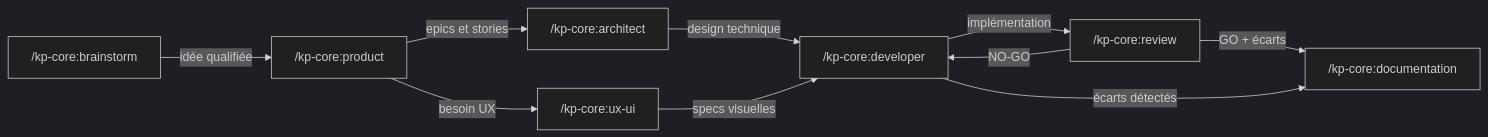
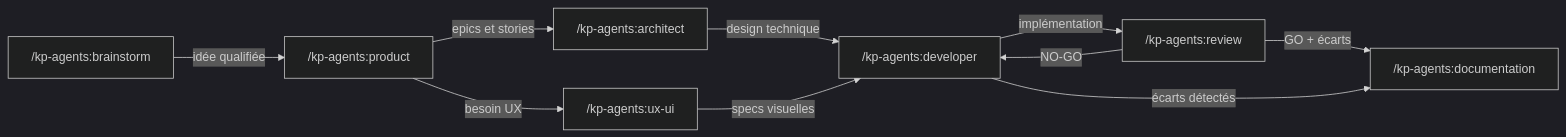
The diagram in CLAUDE.md (KeyProd/kp-agents), drawn with Mermaid (dark theme) before and after one commit. The commit also changed other lines of this file and 22 other files, not shown here.

First line of the commit message:
feat(S-0003): release kp-agents-v0.1.0 (rename kp-core -> kp-agents + bump)

````diff
--- a/CLAUDE.md
+++ b/CLAUDE.md
@@ -94,12 +94,12 @@
 ```mermaid
 flowchart LR
-    B["/kp-core:brainstorm"] -->|idée qualifiée| P["/kp-core:product"]
-    P -->|epics et stories| A["/kp-core:architect"]
-    P -->|besoin UX| UX["/kp-core:ux-ui"]
-    A -->|design technique| D["/kp-core:developer"]
+    B["/kp-agents:brainstorm"] -->|idée qualifiée| P["/kp-agents:product"]
+    P -->|epics et stories| A["/kp-agents:architect"]
+    P -->|besoin UX| UX["/kp-agents:ux-ui"]
+    A -->|design technique| D["/kp-agents:developer"]
     UX -->|specs visuelles| D
-    D -->|implémentation| R["/kp-core:review"]
+    D -->|implémentation| R["/kp-agents:review"]
     R -->|NO-GO| D
-    R -->|GO + écarts| DOC["/kp-core:documentation"]
+    R -->|GO + écarts| DOC["/kp-agents:documentation"]
     D -->|écarts détectés| DOC
 ```
````
